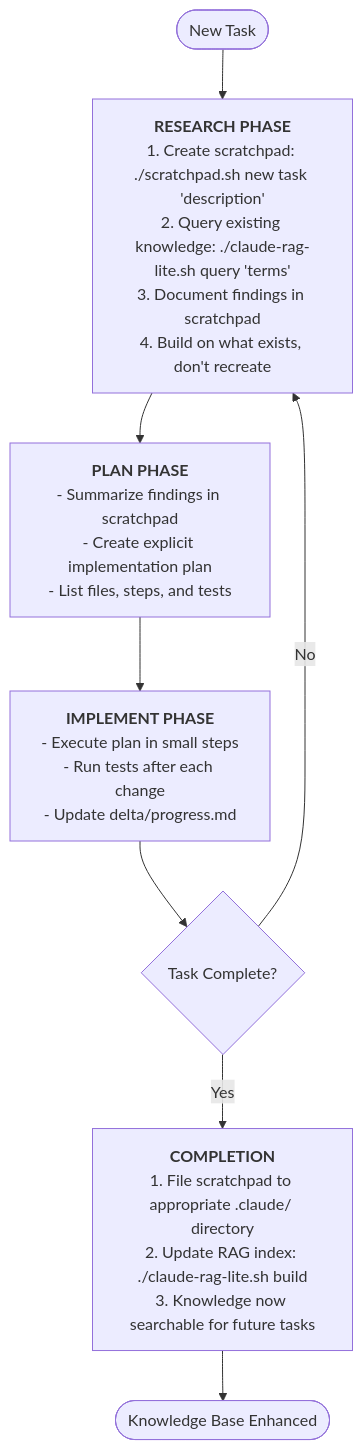
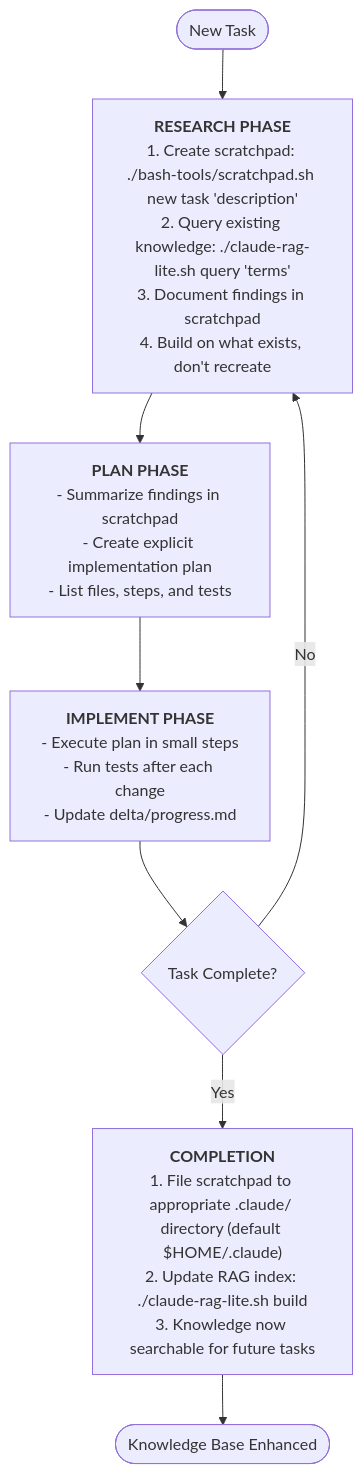
The first of 2 diagrams in README.md (alchemiststudiosDOTai/llm-agent-tools), drawn with Mermaid before and after one commit. The commit also changed other lines of this file and 9 other files, not shown here.

First line of the commit message:
Move scratchpad tool/templates to bash-tools; default KB to $HOME/.claude; update docs and diagrams; add wrapper; adjust installer and RAG defaults

````diff
--- a/README.md
+++ b/README.md
@@ -170,32 +192,32 @@
 ```mermaid
 flowchart TD
     Start([New Task]) --> Research
     
     Research["`**RESEARCH PHASE**
-    1. Create scratchpad: ./scratchpad.sh new task 'description'
+    1. Create scratchpad: ./bash-tools/scratchpad.sh new task 'description'
     2. Query existing knowledge: ./claude-rag-lite.sh query 'terms'
     3. Document findings in scratchpad
     4. Build on what exists, don't recreate`"]
     --> Plan
     
     Plan["`**PLAN PHASE**
     - Summarize findings in scratchpad
     - Create explicit implementation plan
     - List files, steps, and tests`"]
     --> Implement
     
     Implement["`**IMPLEMENT PHASE**
     - Execute plan in small steps
     - Run tests after each change
     - Update delta/progress.md`"]
     --> Review{Task Complete?}
     
     Review -->|No| Research
     Review -->|Yes| Complete
     
     Complete["`**COMPLETION**
-    1. File scratchpad to appropriate .claude/ directory
+    1. File scratchpad to appropriate .claude/ directory (default $HOME/.claude)
     2. Update RAG index: ./claude-rag-lite.sh build
     3. Knowledge now searchable for future tasks`"]
     --> End([Knowledge Base Enhanced])
 ```
````
